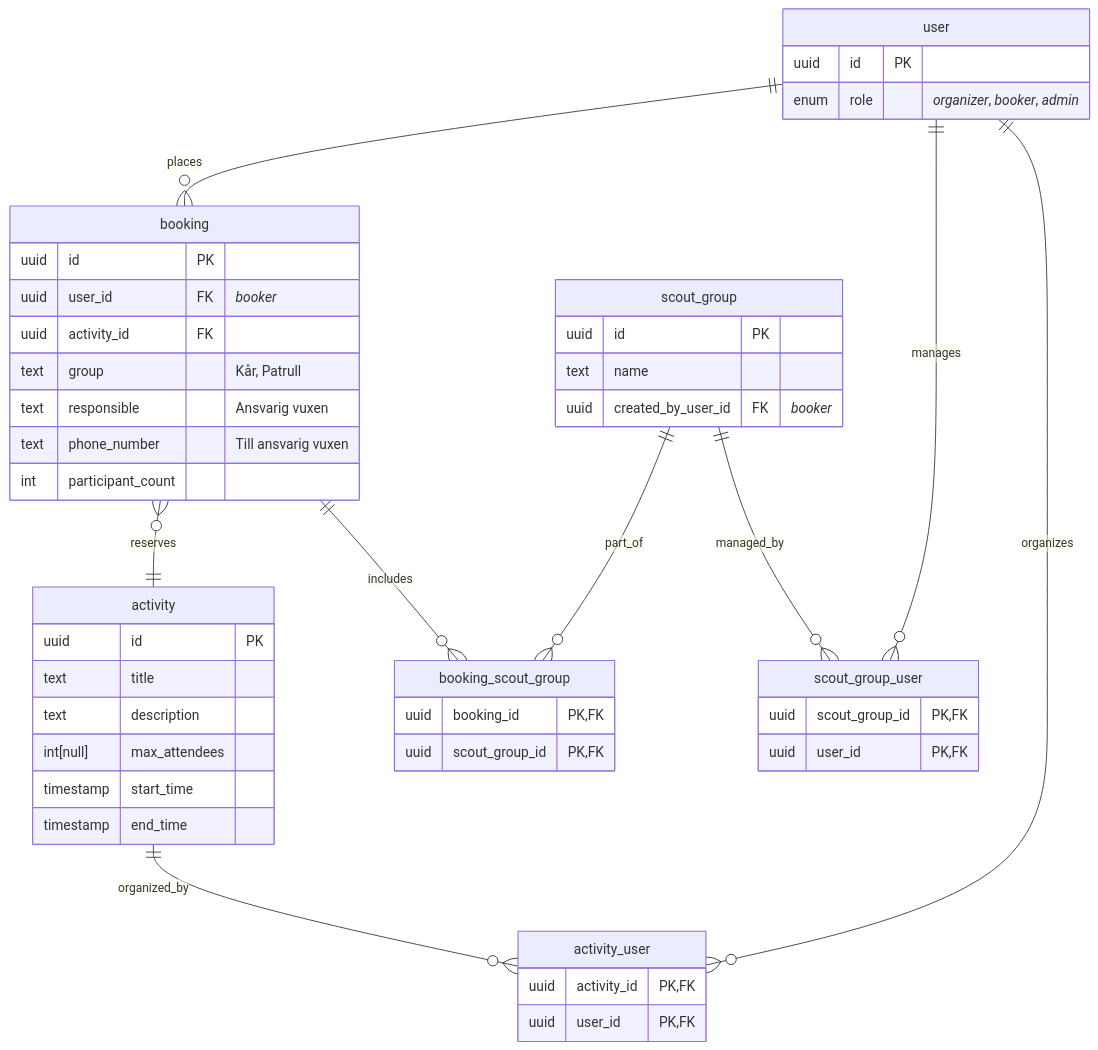
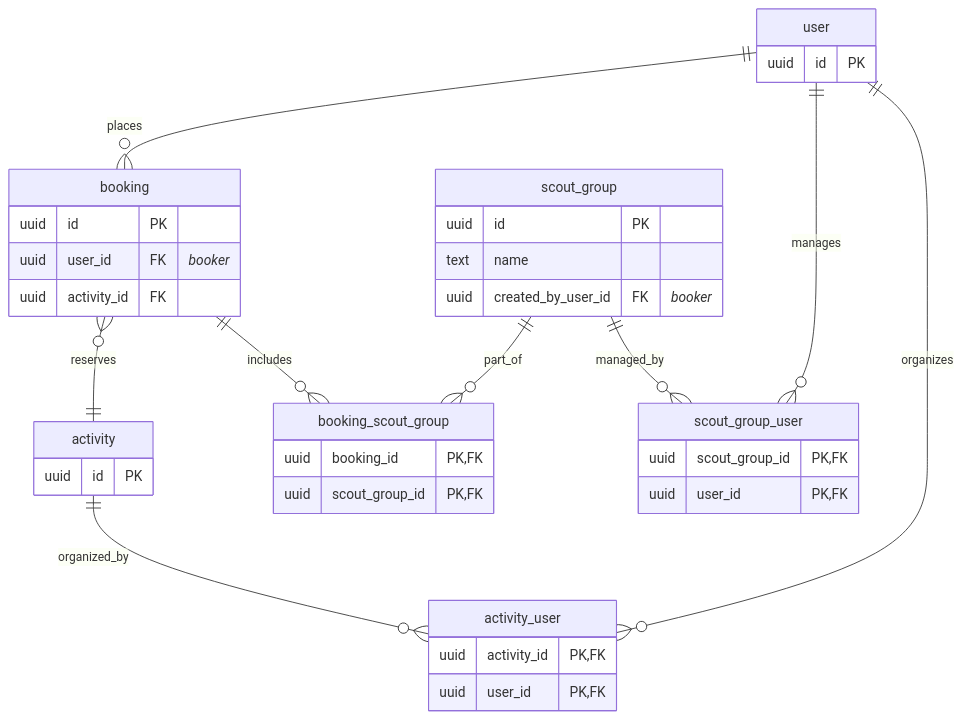
One commit to Scouterna/j26-booking changed the second of 2 diagrams in server/README.md. Above: the diagram before and after it, drawn with Mermaid. The commit also changed other lines of this file, not shown here.

First line of the commit message:
docs(db): update ER diagram with locations, i18n fields, and booking details

````diff
--- a/server/README.md
+++ b/server/README.md
@@ -177,60 +208,50 @@
 ```mermaid
 erDiagram
 
 scout_group {
   uuid id PK
   text name
   uuid created_by_user_id FK "_booker_"
 }
 
 user {
   uuid id PK
-  enum role "_organizer_, _booker_, _admin_"
 }
 
 activity {
   uuid id PK
-  text title
-  text description
-  int[null] max_attendees
-  timestamp start_time
-  timestamp end_time
 }
 
 booking {
   uuid id PK
   uuid user_id FK "_booker_"
   uuid activity_id FK
-  text group "Kår, Patrull"
-  text responsible "Ansvarig vuxen"
-  text phone_number "Till ansvarig vuxen"
-  int participant_count
 }
 
 booking_scout_group {
   uuid booking_id PK,FK
   uuid scout_group_id PK,FK
 }
 
 scout_group_user {
   uuid scout_group_id PK,FK
   uuid user_id PK,FK
 }
 
 activity_user {
   uuid activity_id PK,FK
   uuid user_id PK,FK
 }
 
 booking ||--o{ booking_scout_group : includes
 scout_group ||--o{ booking_scout_group : part_of
 
 scout_group ||--o{ scout_group_user : managed_by
 user ||--o{ scout_group_user : manages
 
 activity ||--o{ activity_user : organized_by
 user ||--o{ activity_user : organizes
 
 booking }o--|| activity : reserves
 user ||--o{ booking : places
 ```
````
